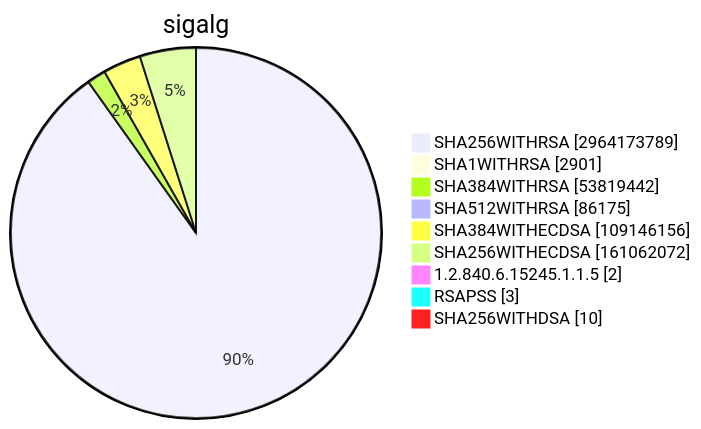
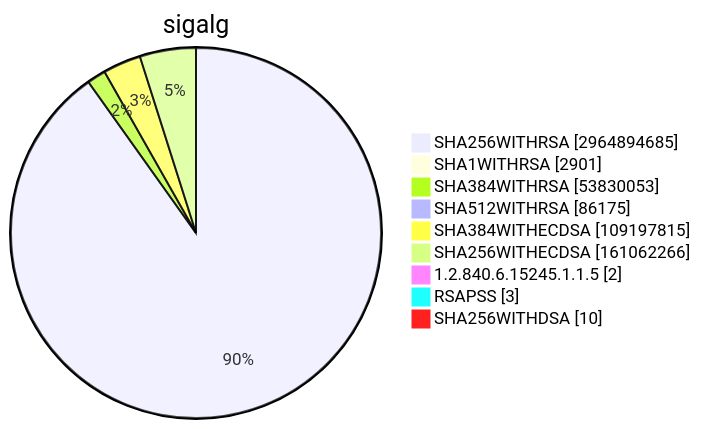
Before and after one commit to christiankrug/ctmonitor_visualization: diagram 15 of 15 in TOTAL/README.md, drawn with Mermaid. The commit also changed other lines of this file, not shown here.

````diff
--- a/TOTAL/README.md
+++ b/TOTAL/README.md
@@ -6207,13 +6208,13 @@
 ```mermaid
 pie showData
 title sigalg
-"SHA256WITHRSA" :2964173789
+"SHA256WITHRSA" :2964894685
 "SHA1WITHRSA" :2901
-"SHA384WITHRSA" :53819442
+"SHA384WITHRSA" :53830053
 "SHA512WITHRSA" :86175
-"SHA384WITHECDSA" :109146156
-"SHA256WITHECDSA" :161062072
+"SHA384WITHECDSA" :109197815
+"SHA256WITHECDSA" :161062266
 "1.2.840.6.15245.1.1.5" :2
 "RSAPSS" :3
 "SHA256WITHDSA" :10
 ```
````
